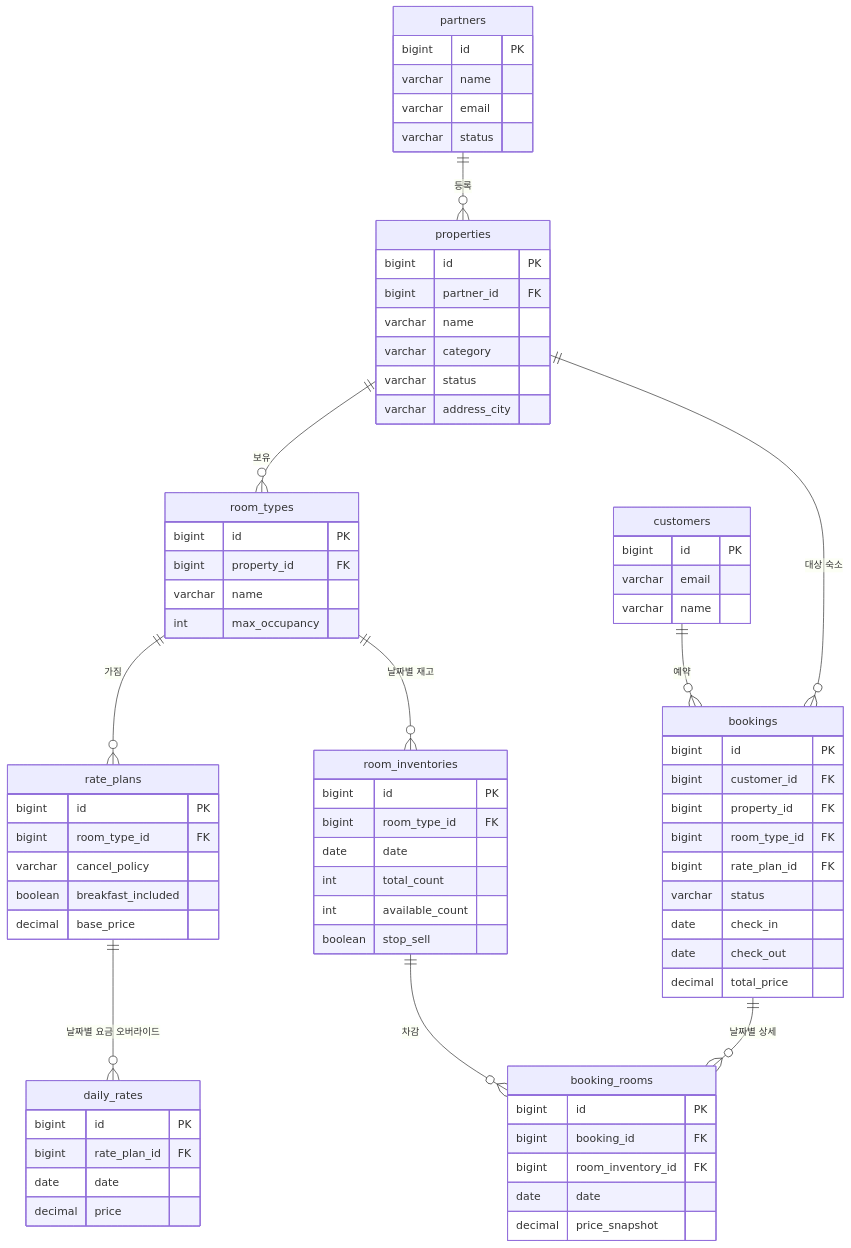
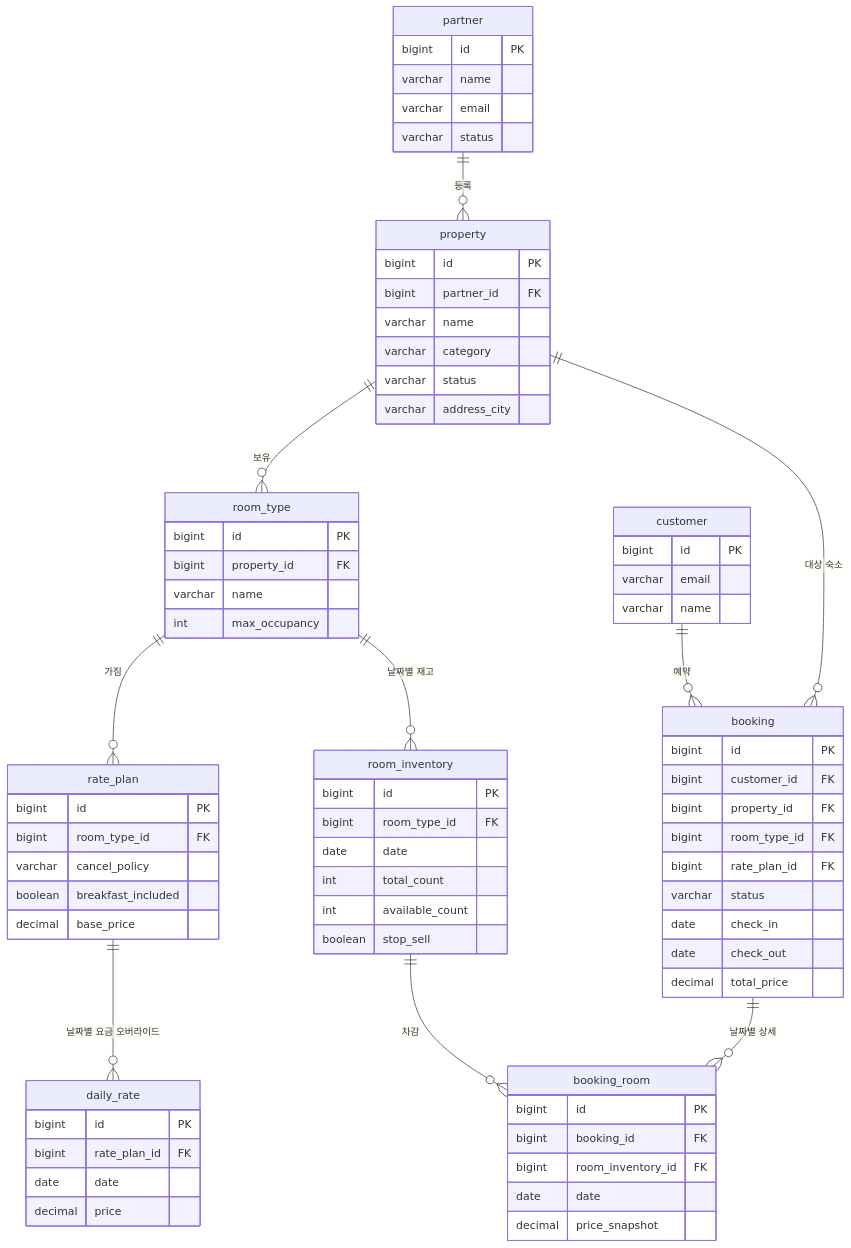
The diagram in docs/erd.md (Zoo-12/ota-platform), drawn with Mermaid before and after one commit. The commit also changed other lines of this file, not shown here.

````diff
--- a/docs/erd.md
+++ b/docs/erd.md
@@ -256,77 +256,77 @@
 ```mermaid
 erDiagram
-    partners ||--o{ properties : "등록"
-    properties ||--o{ room_types : "보유"
-    room_types ||--o{ rate_plans : "가짐"
-    room_types ||--o{ room_inventories : "날짜별 재고"
-    rate_plans ||--o{ daily_rates : "날짜별 요금 오버라이드"
-    customers ||--o{ bookings : "예약"
-    bookings ||--o{ booking_rooms : "날짜별 상세"
-    room_inventories ||--o{ booking_rooms : "차감"
-    properties ||--o{ bookings : "대상 숙소"
+    partner ||--o{ property : "등록"
+    property ||--o{ room_type : "보유"
+    room_type ||--o{ rate_plan : "가짐"
+    room_type ||--o{ room_inventory : "날짜별 재고"
+    rate_plan ||--o{ daily_rate : "날짜별 요금 오버라이드"
+    customer ||--o{ booking : "예약"
+    booking ||--o{ booking_room : "날짜별 상세"
+    room_inventory ||--o{ booking_room : "차감"
+    property ||--o{ booking : "대상 숙소"
 
-    partners {
+    partner {
         bigint id PK
         varchar name
         varchar email
         varchar status
     }
-    properties {
+    property {
         bigint id PK
         bigint partner_id FK
         varchar name
         varchar category
         varchar status
         varchar address_city
     }
-    room_types {
+    room_type {
         bigint id PK
         bigint property_id FK
         varchar name
         int max_occupancy
     }
-    rate_plans {
+    rate_plan {
         bigint id PK
         bigint room_type_id FK
         varchar cancel_policy
         boolean breakfast_included
         decimal base_price
     }
-    room_inventories {
+    room_inventory {
         bigint id PK
         bigint room_type_id FK
         date date
         int total_count
         int available_count
         boolean stop_sell
     }
-    daily_rates {
+    daily_rate {
         bigint id PK
         bigint rate_plan_id FK
         date date
         decimal price
     }
-    customers {
+    customer {
         bigint id PK
         varchar email
         varchar name
     }
-    bookings {
+    booking {
         bigint id PK
         bigint customer_id FK
         bigint property_id FK
         bigint room_type_id FK
         bigint rate_plan_id FK
         varchar status
         date check_in
         date check_out
         decimal total_price
     }
-    booking_rooms {
+    booking_room {
         bigint id PK
         bigint booking_id FK
         bigint room_inventory_id FK
         date date
         decimal price_snapshot
     }
 ```
````
